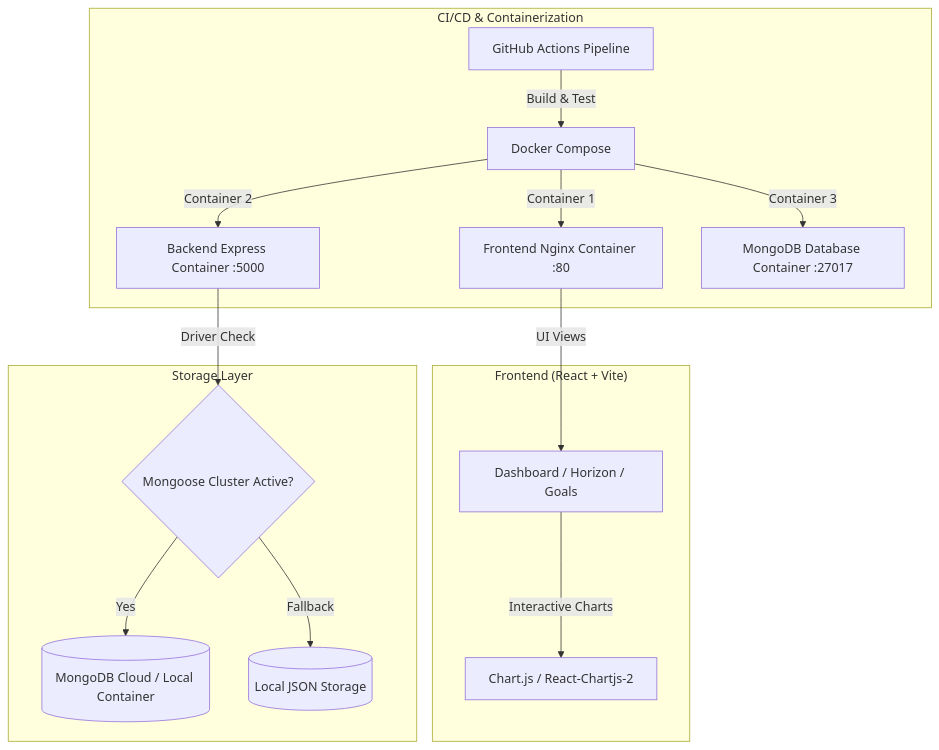
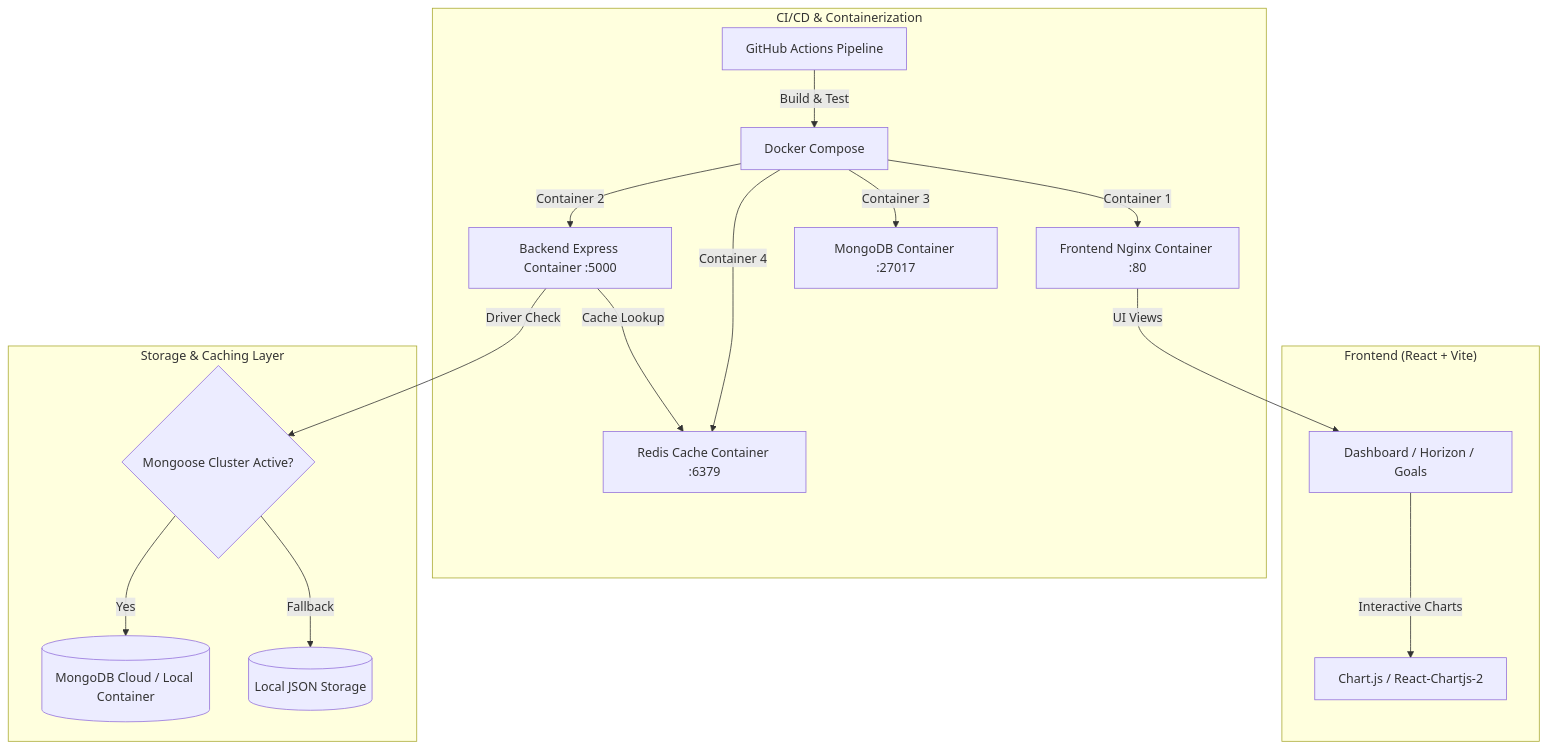
One commit to harshil2709/FinFlow changed the diagram in README.md. Above: the diagram before and after it, drawn with Mermaid. The commit also changed other lines of this file and 9 other files, not shown here.

Commit message:
Add Redis in-memory caching layer, redis.js client helper, and redis container service to docker-compose

````diff
--- a/README.md
+++ b/README.md
@@ -21,20 +22,22 @@
 ```mermaid
 graph TD
     subgraph "CI/CD & Containerization"
         GA[GitHub Actions Pipeline] -->|Build & Test| DC[Docker Compose]
         DC -->|Container 1| FE[Frontend Nginx Container :80]
         DC -->|Container 2| BE[Backend Express Container :5000]
-        DC -->|Container 3| DB[MongoDB Database Container :27017]
+        DC -->|Container 3| DB[MongoDB Container :27017]
+        DC -->|Container 4| RD[Redis Cache Container :6379]
     end
 
     subgraph "Frontend (React + Vite)"
         FE -->|UI Views| A[Dashboard / Horizon / Goals]
         A -->|Interactive Charts| D[Chart.js / React-Chartjs-2]
     end
 
-    subgraph "Storage Layer"
+    subgraph "Storage & Caching Layer"
+        BE -->|Cache Lookup| RD
         BE -->|Driver Check| H{Mongoose Cluster Active?}
         H -->|Yes| I[(MongoDB Cloud / Local Container)]
         H -->|Fallback| J[(Local JSON Storage)]
     end
 ```
````
